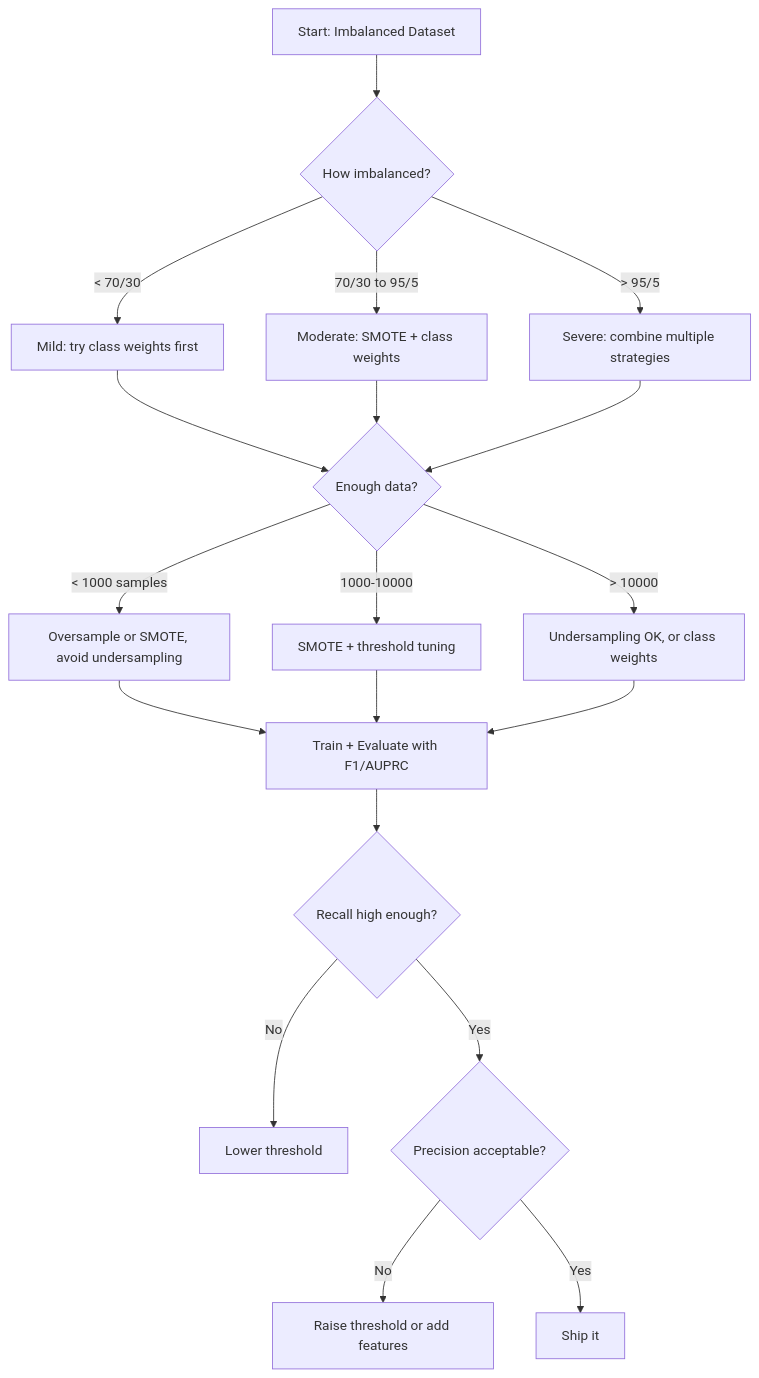
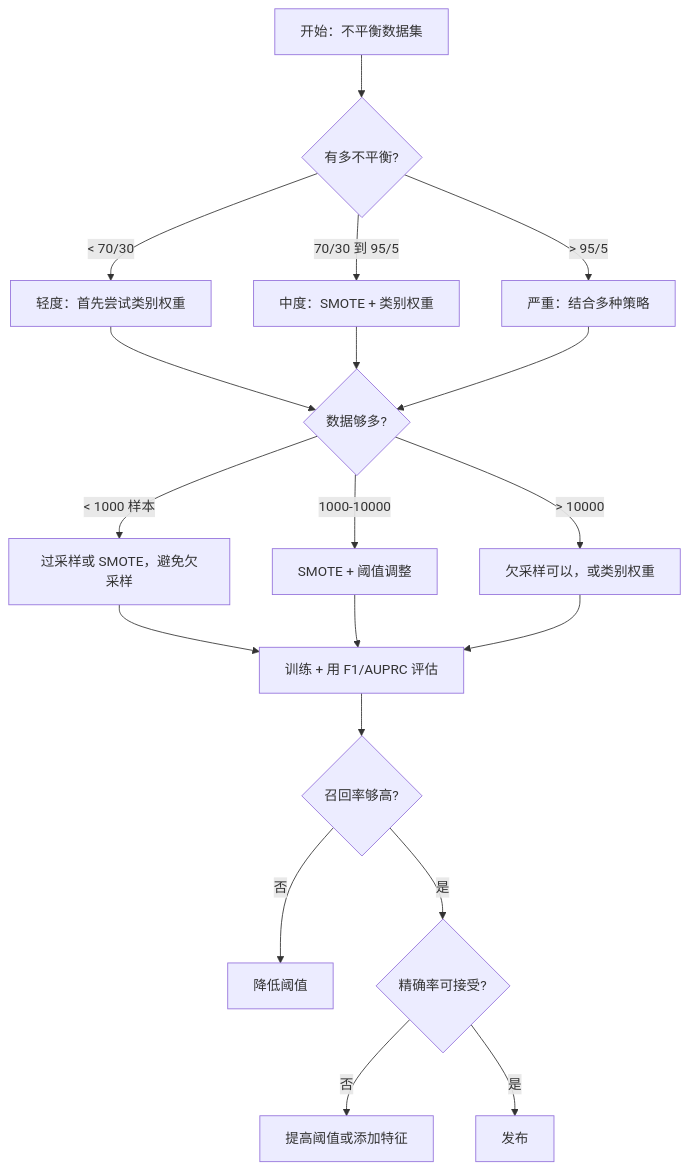
The fourth of 4 diagrams in lessons/02-ml-fundamentals/17-imbalanced-data/docs/zh.md (guangningsun/ailearning), drawn with Mermaid before and after one commit. The commit also changed other lines of this file and 53 other files, not shown here.

````diff
--- a/lessons/02-ml-fundamentals/17-imbalanced-data/docs/zh.md
+++ b/lessons/02-ml-fundamentals/17-imbalanced-data/docs/zh.md
@@ -192,21 +186,21 @@
 ```mermaid
 flowchart TD
-    A[Start: Imbalanced Dataset] --> B{How imbalanced?}
-    B -->|"< 70/30"| C["Mild: try class weights first"]
-    B -->|"70/30 to 95/5"| D["Moderate: SMOTE + class weights"]
-    B -->|"> 95/5"| E["Severe: combine multiple strategies"]
-    C --> F{Enough data?}
+    A[开始：不平衡数据集] --> B{有多不平衡?}
+    B -->|"< 70/30"| C["轻度：首先尝试类别权重"]
+    B -->|"70/30 到 95/5"| D["中度：SMOTE + 类别权重"]
+    B -->|"> 95/5"| E["严重：结合多种策略"]
+    C --> F{数据够多?}
     D --> F
     E --> F
-    F -->|"< 1000 samples"| G["Oversample or SMOTE, avoid undersampling"]
-    F -->|"1000-10000"| H["SMOTE + threshold tuning"]
-    F -->|"> 10000"| I["Undersampling OK, or class weights"]
-    G --> J[Train + Evaluate with F1/AUPRC]
+    F -->|"< 1000 样本"| G["过采样或 SMOTE，避免欠采样"]
+    F -->|"1000-10000"| H["SMOTE + 阈值调整"]
+    F -->|"> 10000"| I["欠采样可以，或类别权重"]
+    G --> J[训练 + 用 F1/AUPRC 评估]
     H --> J
     I --> J
-    J --> K{Recall high enough?}
-    K -->|No| L[Lower threshold]
-    K -->|Yes| M{Precision acceptable?}
-    M -->|No| N[Raise threshold or add features]
-    M -->|Yes| O[Ship it]
+    J --> K{召回率够高?}
+    K -->|否| L[降低阈值]
+    K -->|是| M{精确率可接受?}
+    M -->|否| N[提高阈值或添加特征]
+    M -->|是| O[发布]
 ```
````
